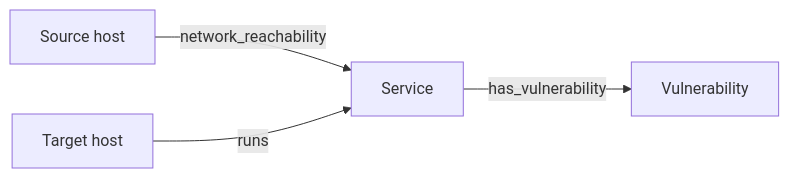
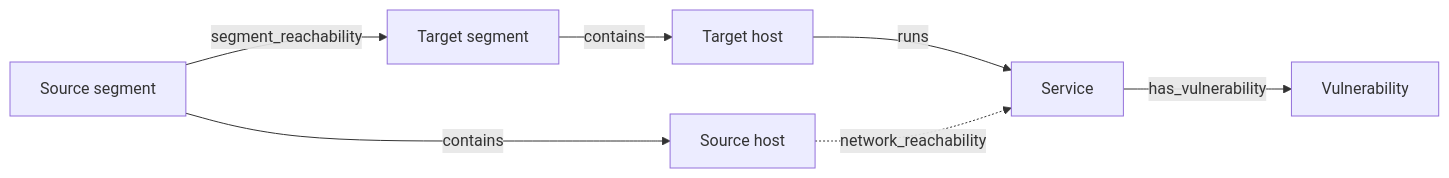
The first of 3 diagrams in docs/concepts/graph-model-evaluation.md (michalo1334/master_thesis), drawn with Mermaid before and after one commit. The commit also changed other lines of this file and 32 other files, not shown here.

````diff
--- a/docs/concepts/graph-model-evaluation.md
+++ b/docs/concepts/graph-model-evaluation.md
@@ -32,6 +37,9 @@
 ```mermaid
 flowchart LR
-    Source[Source host] -->|network_reachability| Service[Service]
-    Target[Target host] -->|runs| Service
+    Source[Source segment] -->|contains| SourceHost[Source host]
+    Target[Target segment] -->|contains| TargetHost[Target host]
+    Source -->|segment_reachability| Target
+    TargetHost -->|runs| Service[Service]
     Service -->|has_vulnerability| Vulnerability[Vulnerability]
+    SourceHost -. network_reachability .-> Service
 ```
````
